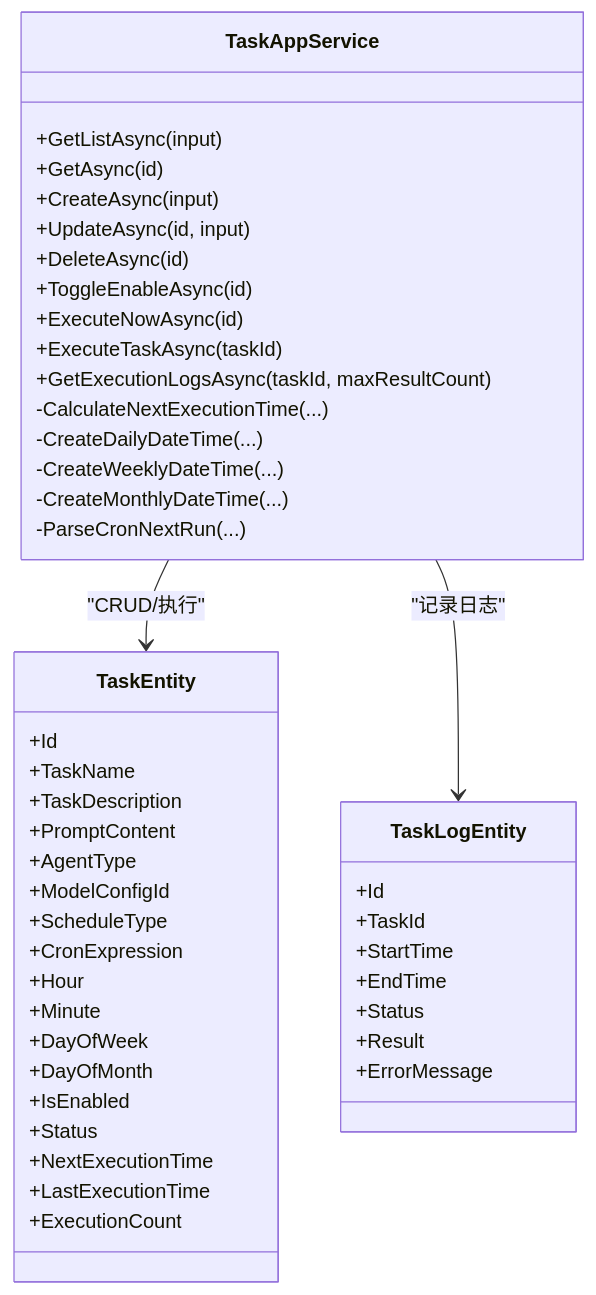
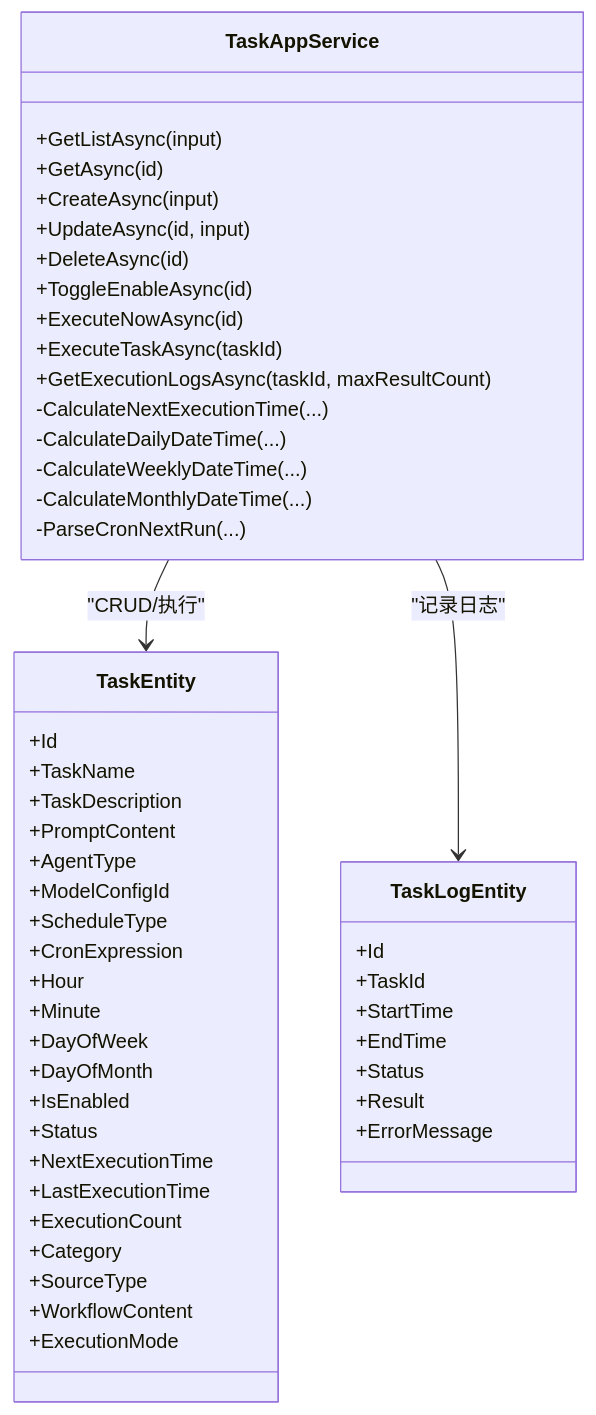
One commit to openlowcodelab/lowcode changed the seventh of 10 diagrams in .qoder/repowiki/zh/content/AI助手服务/桌面端应用/视图模型层/任务管理视图模型.md. Above: the diagram before and after it, drawn with Mermaid. The commit also changed other lines of this file and 118 other files, not shown here.

````diff
--- a/.qoder/repowiki/zh/content/AI助手服务/桌面端应用/视图模型层/任务管理视图模型.md
+++ b/.qoder/repowiki/zh/content/AI助手服务/桌面端应用/视图模型层/任务管理视图模型.md
@@ -182,49 +350,53 @@
 ```mermaid
 classDiagram
 class TaskAppService {
 +GetListAsync(input)
 +GetAsync(id)
 +CreateAsync(input)
 +UpdateAsync(id, input)
 +DeleteAsync(id)
 +ToggleEnableAsync(id)
 +ExecuteNowAsync(id)
 +ExecuteTaskAsync(taskId)
 +GetExecutionLogsAsync(taskId, maxResultCount)
 -CalculateNextExecutionTime(...)
--CreateDailyDateTime(...)
--CreateWeeklyDateTime(...)
--CreateMonthlyDateTime(...)
+-CalculateDailyDateTime(...)
+-CalculateWeeklyDateTime(...)
+-CalculateMonthlyDateTime(...)
 -ParseCronNextRun(...)
 }
 class TaskEntity {
 +Id
 +TaskName
 +TaskDescription
 +PromptContent
 +AgentType
 +ModelConfigId
 +ScheduleType
 +CronExpression
 +Hour
 +Minute
 +DayOfWeek
 +DayOfMonth
 +IsEnabled
 +Status
 +NextExecutionTime
 +LastExecutionTime
 +ExecutionCount
++Category
++SourceType
++WorkflowContent
++ExecutionMode
 }
 class TaskLogEntity {
 +Id
 +TaskId
 +StartTime
 +EndTime
 +Status
 +Result
 +ErrorMessage
 }
 TaskAppService --> TaskEntity : "CRUD/执行"
 TaskAppService --> TaskLogEntity : "记录日志"
 ```
````
